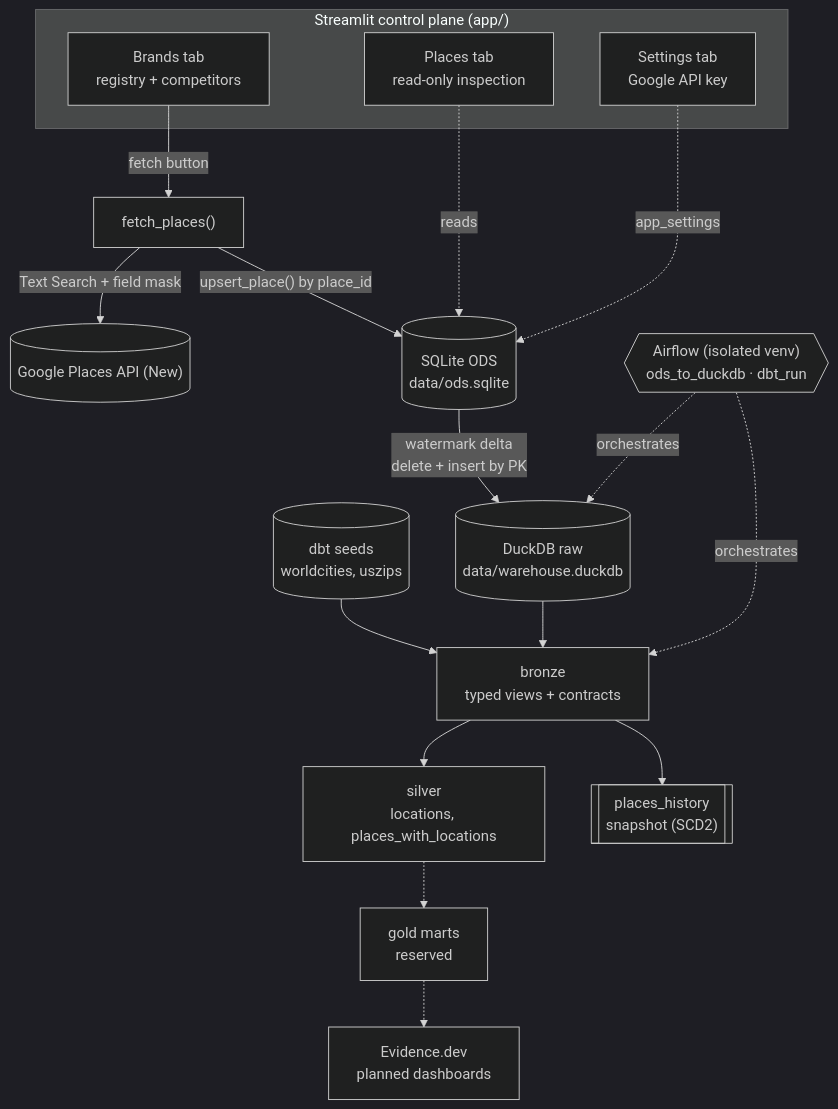
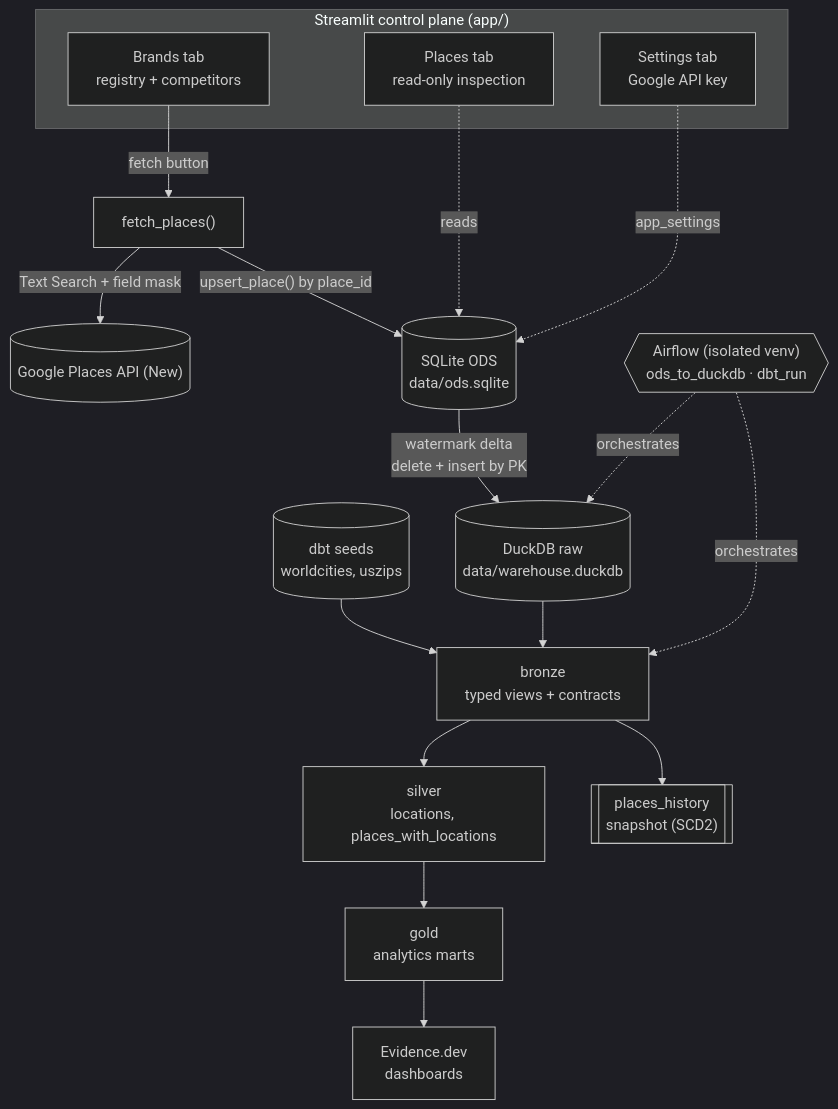
One commit to lakshmanmallidi/whitespace_analyzer changed the diagram in architecture.md. Above: the diagram before and after it, drawn with Mermaid (dark theme). The commit also changed other lines of this file and 1 other file, not shown here.

Commit message:
added read me and updated architecture.md

````diff
--- a/architecture.md
+++ b/architecture.md
@@ -55,25 +30,25 @@
 ```mermaid
 flowchart TD
     subgraph Control["Streamlit control plane (app/)"]
         BRANDS["Brands tab<br/>registry + competitors"]
         SETTINGS["Settings tab<br/>Google API key"]
         PLACES["Places tab<br/>read-only inspection"]
     end
 
     BRANDS -->|fetch button| FETCH["fetch_places()"]
     FETCH -->|"Text Search + field mask"| API[("Google Places API (New)")]
     FETCH -->|"upsert_place() by place_id"| ODS[("SQLite ODS<br/>data/ods.sqlite")]
     PLACES -.->|reads| ODS
     SETTINGS -.->|app_settings| ODS
 
     ODS -->|"watermark delta<br/>delete + insert by PK"| RAW[("DuckDB raw<br/>data/warehouse.duckdb")]
     SEEDS[("dbt seeds<br/>worldcities, uszips")] --> BRONZE
     RAW --> BRONZE["bronze<br/>typed views + contracts"]
     BRONZE --> SILVER["silver<br/>locations, places_with_locations"]
     BRONZE --> SNAP[["places_history<br/>snapshot (SCD2)"]]
-    SILVER -.-> GOLD["gold marts<br/>reserved"]
-    GOLD -.-> EVIDENCE["Evidence.dev<br/>planned dashboards"]
+    SILVER --> GOLD["gold<br/>analytics marts"]
+    GOLD --> EVIDENCE["Evidence.dev<br/>dashboards"]
 
     AF{{"Airflow (isolated venv)<br/>ods_to_duckdb · dbt_run"}} -.->|orchestrates| RAW
     AF -.->|orchestrates| BRONZE
 ```
````
